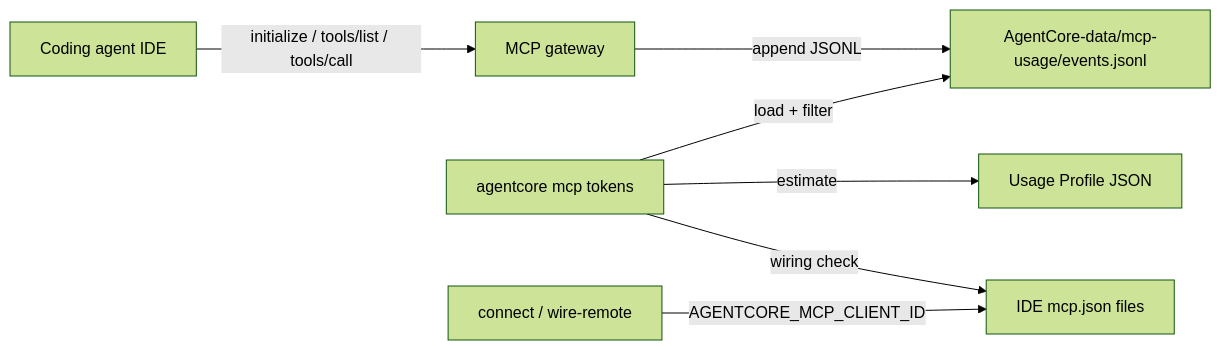
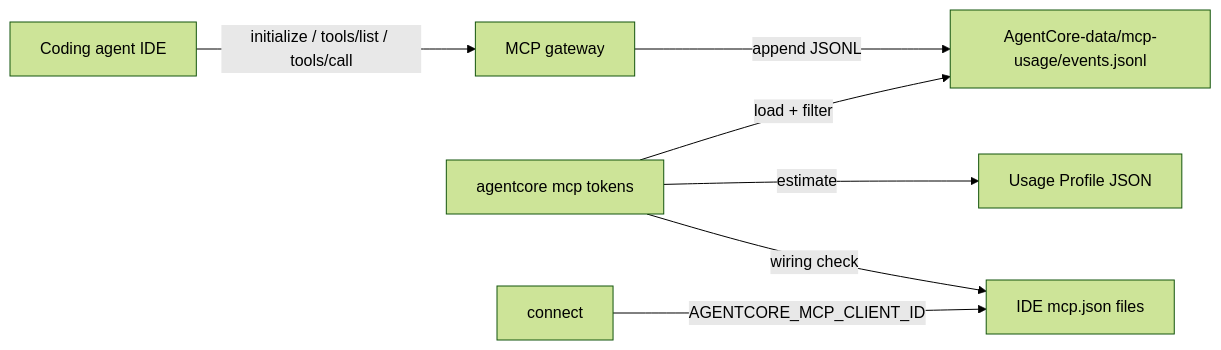
The diagram in docs/08-software-engineering-architecture/44-mcp-token-accounting.md (Mohammad-Mirasadollahi/AgentCore), drawn with Mermaid (forest theme) before and after one commit. The commit also changed other lines of this file and 104 other files, not shown here.

````diff
--- a/docs/08-software-engineering-architecture/44-mcp-token-accounting.md
+++ b/docs/08-software-engineering-architecture/44-mcp-token-accounting.md
@@ -106,9 +106,9 @@
 ```mermaid
 flowchart LR
   IDE["Coding agent IDE"] -->|"initialize / tools/list / tools/call"| GW["MCP gateway"]
   GW -->|"append JSONL"| LOG["AgentCore-data/mcp-usage/events.jsonl"]
   CLI["agentcore mcp tokens"] -->|"estimate"| PROF["Usage Profile JSON"]
   CLI -->|"load + filter"| LOG
   CLI -->|"wiring check"| CFG["IDE mcp.json files"]
-  WIRE["connect / wire-remote"] -->|"AGENTCORE_MCP_CLIENT_ID"| CFG
+  WIRE["connect"] -->|"AGENTCORE_MCP_CLIENT_ID"| CFG
 ```
````
